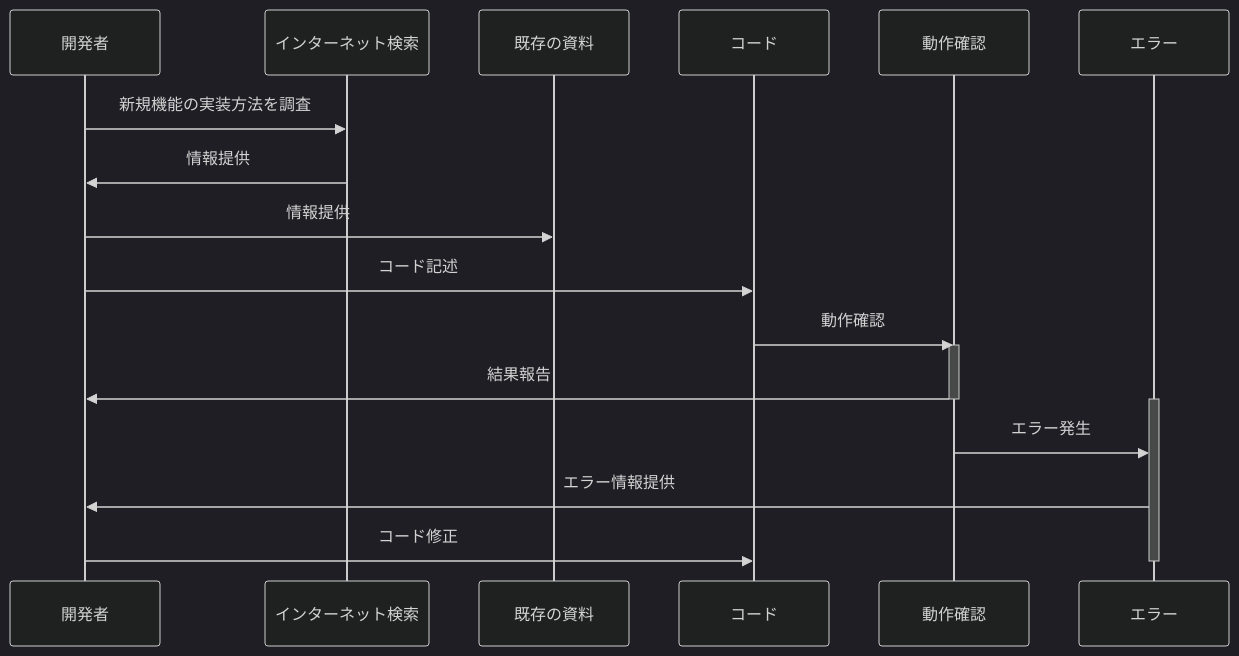
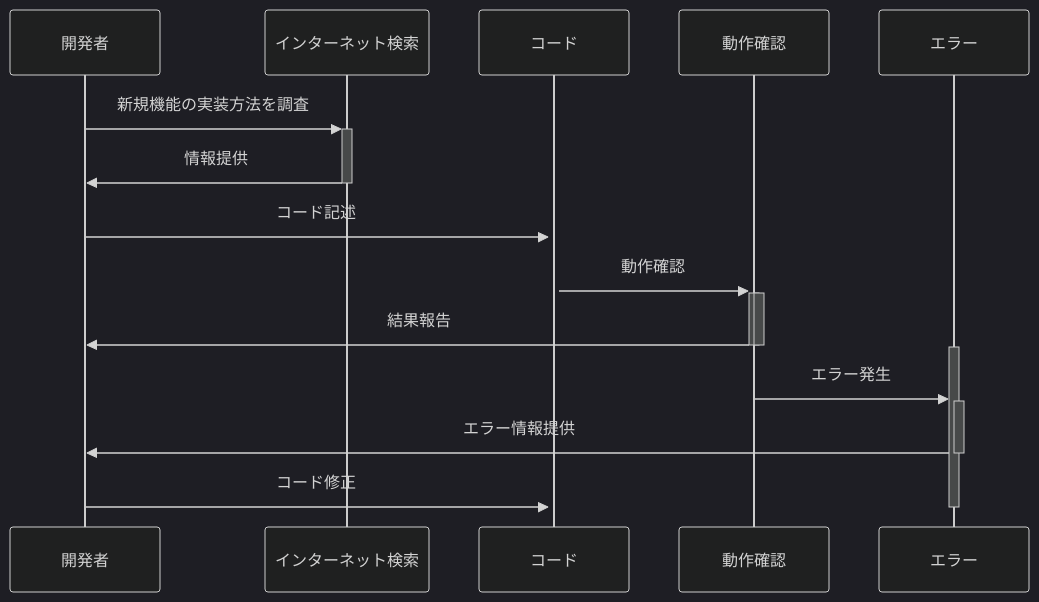
The second of 7 diagrams in README.md (SparklingDetergent/doc_genai_Regarding_the_use_of_local_LLM_and_LLM_on_cloud_services), drawn with Mermaid (dark theme) before and after one commit. The commit also changed other lines of this file, not shown here.

````diff
--- a/README.md
+++ b/README.md
@@ -71,27 +71,26 @@
 ```mermaid
 sequenceDiagram
     participant 開発者
     participant インターネット検索
-    participant 既存の資料
     participant コード
     participant 動作確認
     participant エラー
 
-    開発者->>インターネット検索: 新規機能の実装方法を調査
-    インターネット検索->>開発者: 情報提供
-    開発者->>既存の資料: 情報提供
-    開発者->>コード: コード記述
-    コード->>動作確認: 動作確認
+    開発者->>+インターネット検索: 新規機能の実装方法を調査
+    インターネット検索->>-開発者: 情報提供
+    開発者->>+コード: コード記述
+    コード->>+動作確認: 動作確認
     
     activate 動作確認
-    動作確認->>開発者: 結果報告
+    動作確認->>-開発者: 結果報告
     deactivate 動作確認
 
     activate エラー
-    動作確認->>エラー: エラー発生
-    エラー->>開発者: エラー情報提供
-    開発者->>コード: コード修正
+    動作確認->>+エラー: エラー発生
+    エラー->>-開発者: エラー情報提供
+    開発者->>+コード: コード修正
     deactivate エラー
 
 
+
 ```
````
